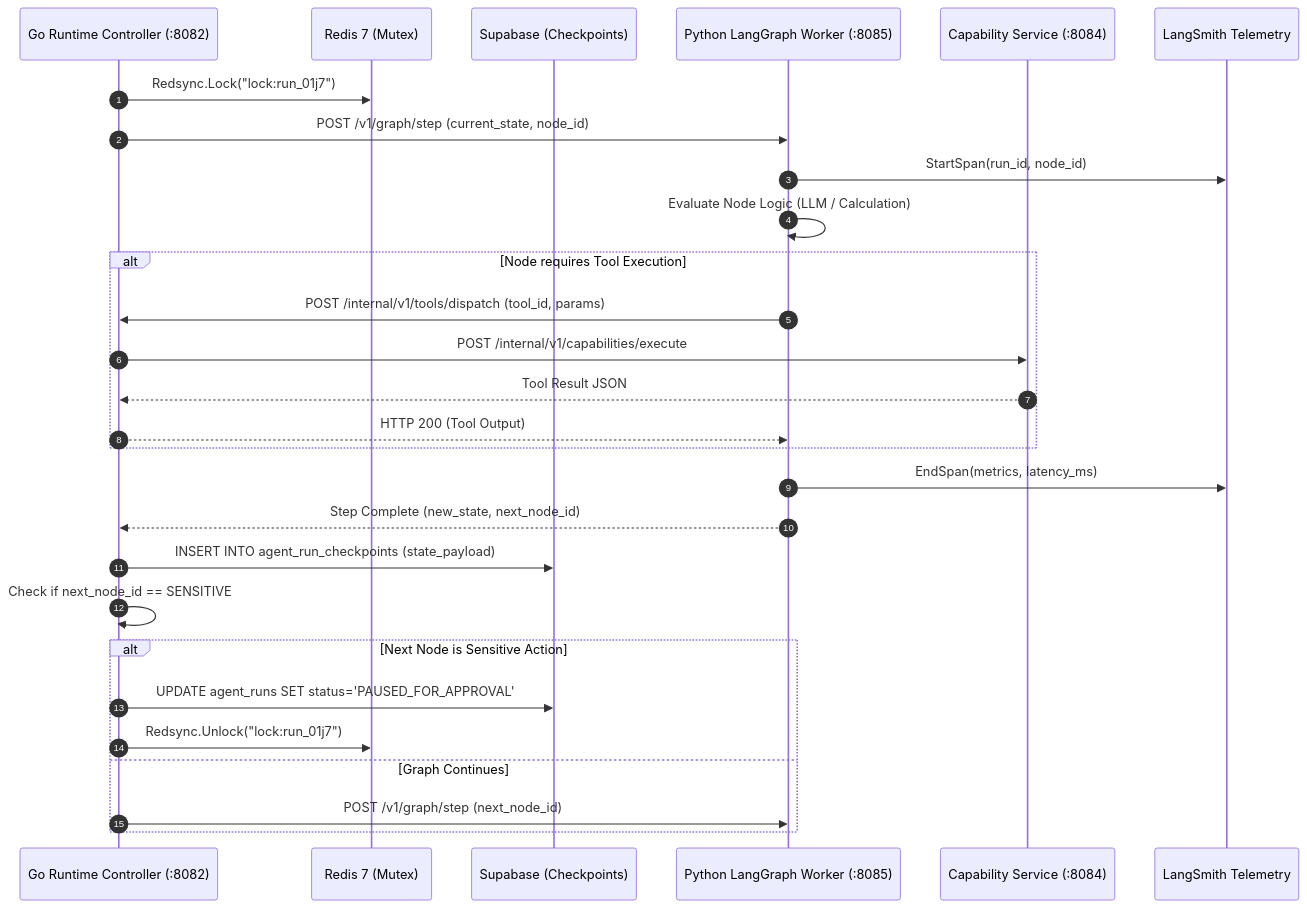
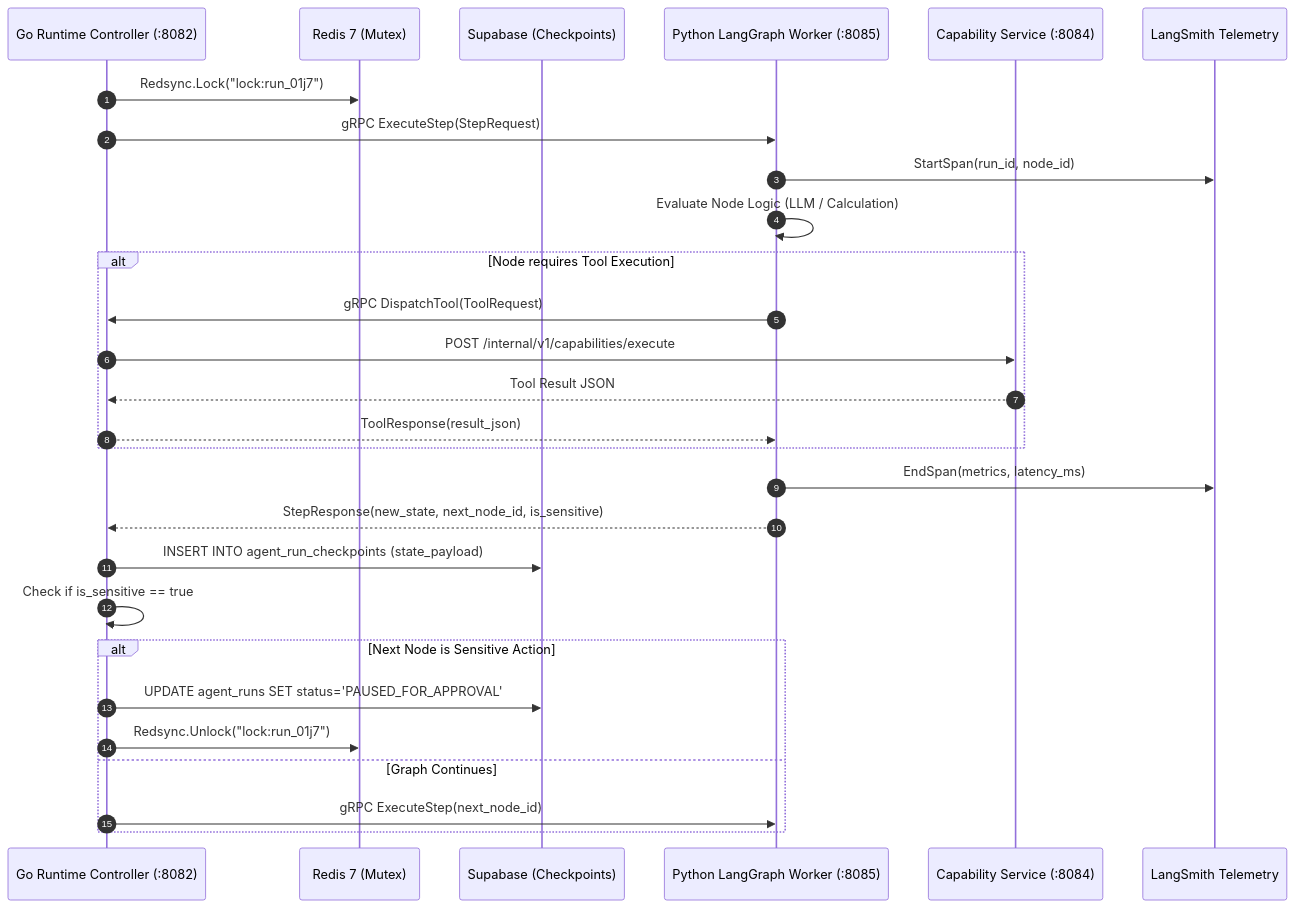
Diagram 14 of 17 in docs/system-architecture/system-architecture.md (Kavisharora12/DelTix), drawn with Mermaid before and after one commit. The commit also changed other lines of this file and 3 other files, not shown here.

````diff
--- a/docs/system-architecture/system-architecture.md
+++ b/docs/system-architecture/system-architecture.md
@@ -866,35 +926,35 @@
 ```mermaid
 sequenceDiagram
     autonumber
     participant GoRun as Go Runtime Controller (:8082)
     participant Redis as Redis 7 (Mutex)
     participant DB as Supabase (Checkpoints)
     participant Worker as Python LangGraph Worker (:8085)
     participant Policy as Capability Service (:8084)
     participant LangSmith as LangSmith Telemetry
 
     GoRun->>Redis: Redsync.Lock("lock:run_01j7")
-    GoRun->>Worker: POST /v1/graph/step (current_state, node_id)
+    GoRun->>Worker: gRPC ExecuteStep(StepRequest)
     
     Worker->>LangSmith: StartSpan(run_id, node_id)
     Worker->>Worker: Evaluate Node Logic (LLM / Calculation)
     
     alt Node requires Tool Execution
-        Worker->>GoRun: POST /internal/v1/tools/dispatch (tool_id, params)
+        Worker->>GoRun: gRPC DispatchTool(ToolRequest)
         GoRun->>Policy: POST /internal/v1/capabilities/execute
         Policy-->>GoRun: Tool Result JSON
-        GoRun-->>Worker: HTTP 200 (Tool Output)
+        GoRun-->>Worker: ToolResponse(result_json)
     end
     
     Worker->>LangSmith: EndSpan(metrics, latency_ms)
-    Worker-->>GoRun: Step Complete (new_state, next_node_id)
+    Worker-->>GoRun: StepResponse(new_state, next_node_id, is_sensitive)
     
     GoRun->>DB: INSERT INTO agent_run_checkpoints (state_payload)
-    GoRun->>GoRun: Check if next_node_id == SENSITIVE
+    GoRun->>GoRun: Check if is_sensitive == true
     alt Next Node is Sensitive Action
         GoRun->>DB: UPDATE agent_runs SET status='PAUSED_FOR_APPROVAL'
         GoRun->>Redis: Redsync.Unlock("lock:run_01j7")
     else Graph Continues
-        GoRun->>Worker: POST /v1/graph/step (next_node_id)
+        GoRun->>Worker: gRPC ExecuteStep(next_node_id)
     end
 ```
````
